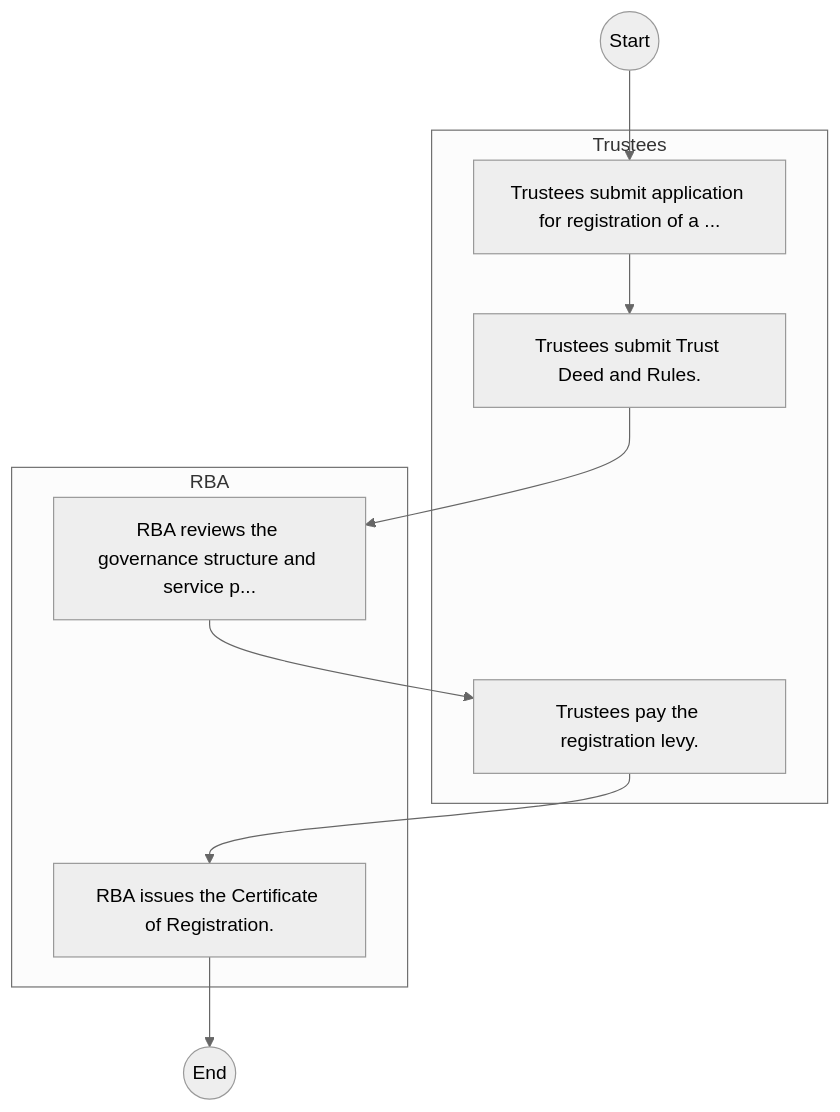
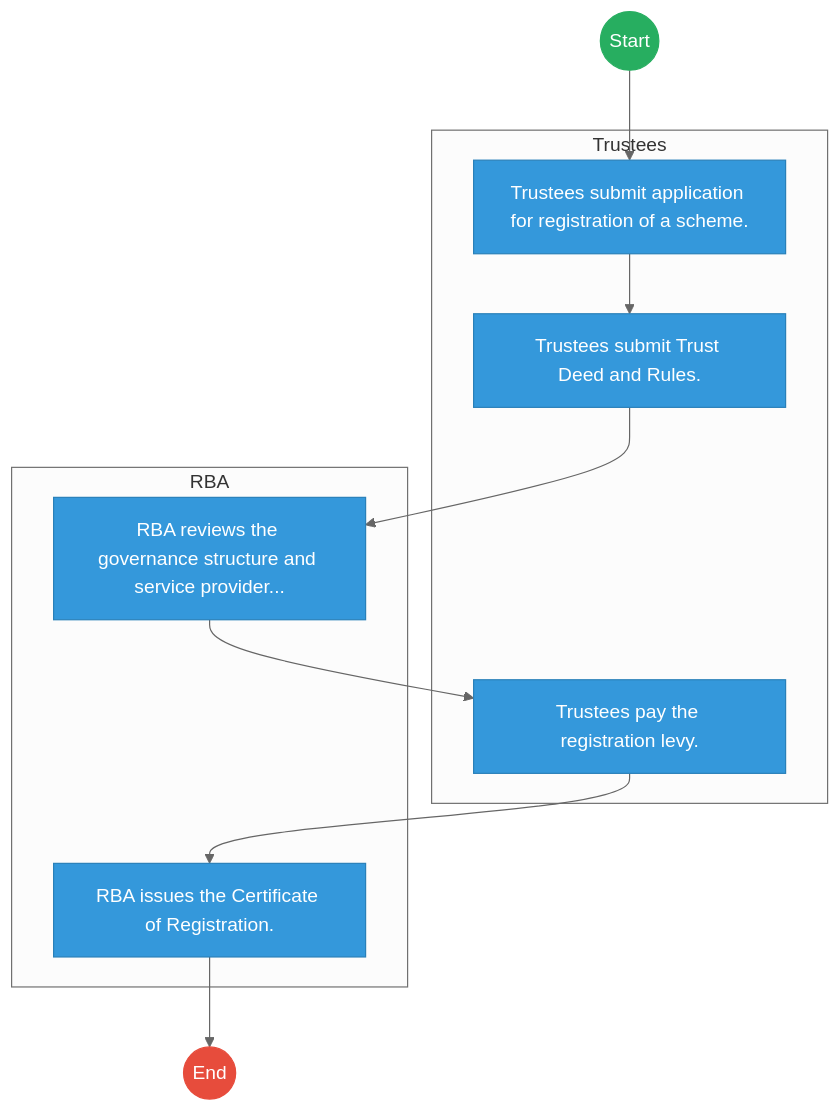
The first of 2 diagrams in mdas/docs_final/Retirement_Benefits_Authority___Service_Delivery.md (BITZ-IT-Consulting-LTD/ictapoc), drawn with Mermaid (neutral theme) before and after one commit. The commit also changed other lines of this file and 461 other files, not shown here.

````diff
--- a/mdas/docs_final/Retirement_Benefits_Authority___Service_Delivery.md
+++ b/mdas/docs_final/Retirement_Benefits_Authority___Service_Delivery.md
@@ -20,18 +20,29 @@
 ```mermaid
 graph TD
     Start((Start)) --> S1
+
     subgraph Trustees [Trustees]
-        S1["Trustees submit application for registration of a ..."]
+        S1["Trustees submit application for registration of a scheme."]
         S2["Trustees submit Trust Deed and Rules."]
         S4["Trustees pay the registration levy."]
     end
+
     subgraph RBA [RBA]
-        S3["RBA reviews the governance structure and service p..."]
+        S3["RBA reviews the governance structure and service provider..."]
         S5["RBA issues the Certificate of Registration."]
     end
     S1 --> S2
     S2 --> S3
     S3 --> S4
     S4 --> S5
     S5 --> End((End))
+
+    classDef start fill:#27ae60,stroke:#27ae60,color:#fff;
+    classDef endNode fill:#e74c3c,stroke:#e74c3c,color:#fff;
+    classDef userTask fill:#3498db,stroke:#2980b9,color:#fff;
+    classDef serviceTask fill:#9b59b6,stroke:#8e44ad,color:#fff;
+
+    class Start start;
+    class End endNode;
+    class S1,S2,S3,S4,S5 userTask;
 ```
````
